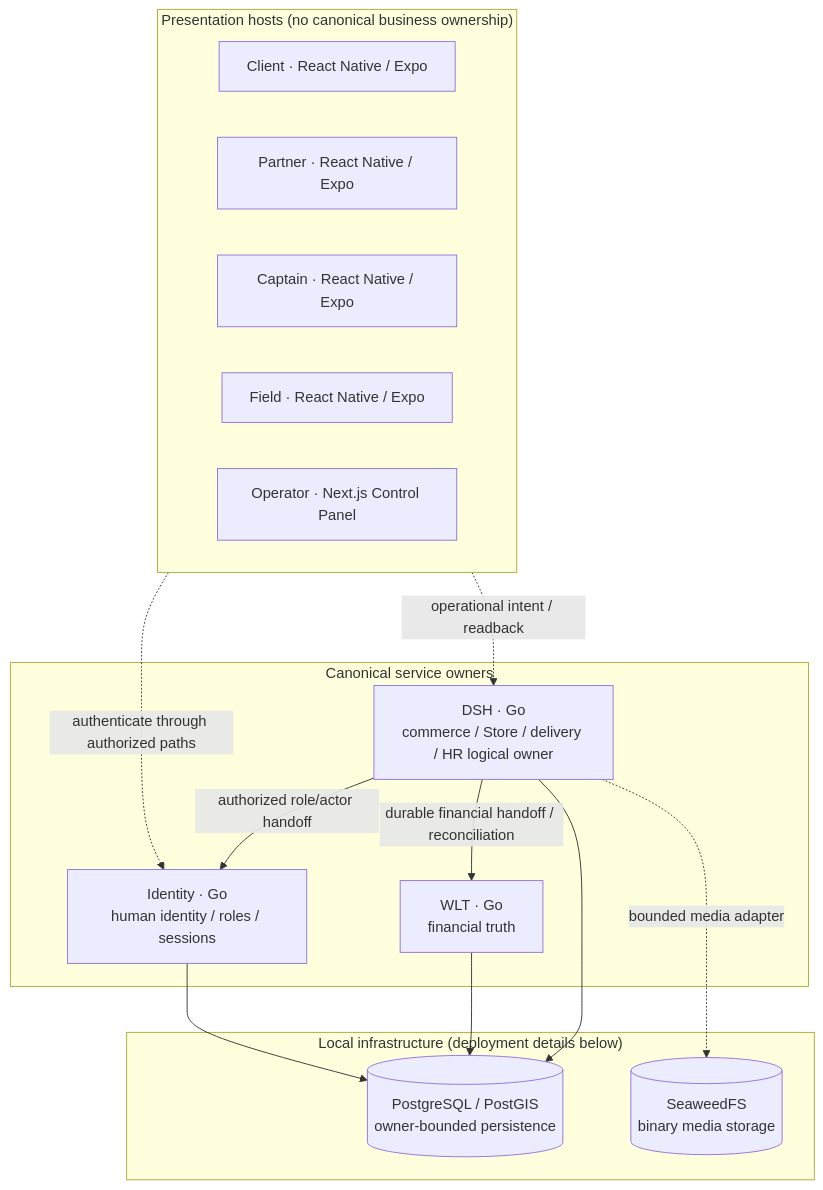
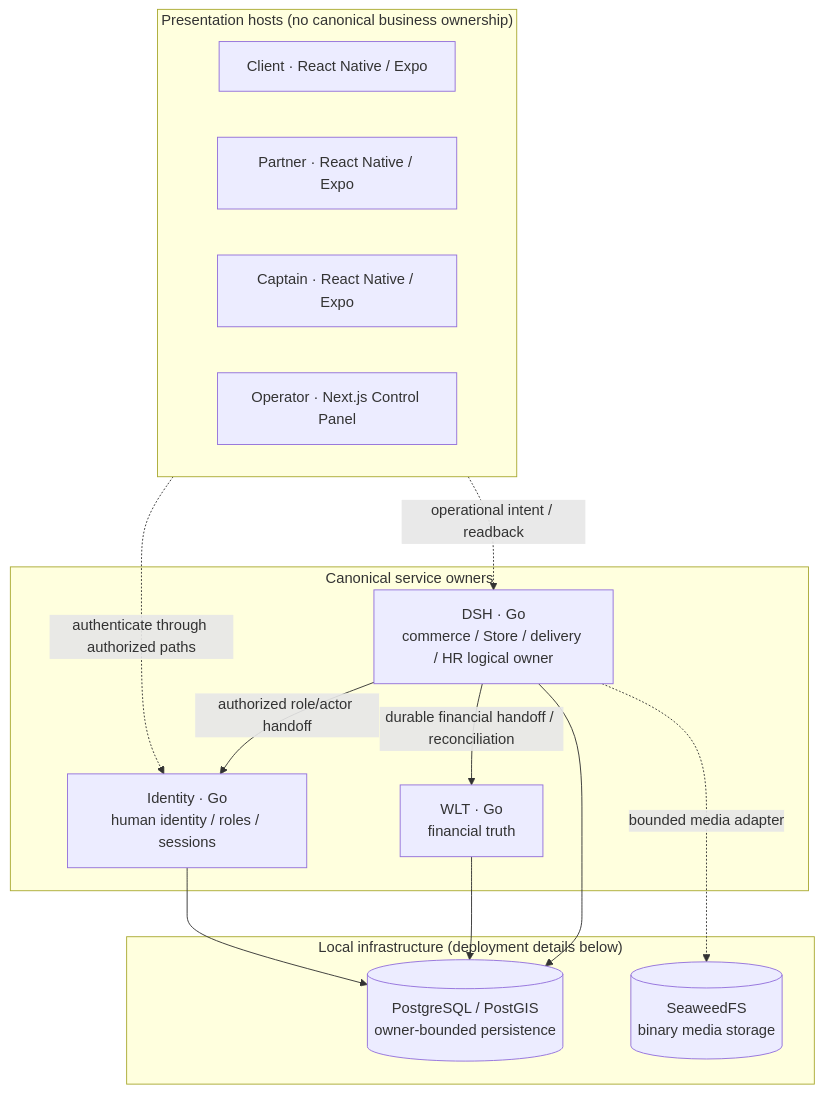
One commit to bthwani2-boop/samrim changed the second of 3 diagrams in docs/architecture-c4.md. Above: the diagram before and after it, drawn with Mermaid. The commit also changed other lines of this file and 90 other files, not shown here.

Commit message:
refactor(mobile): retire standalone field app and build inventory

```diff
--- a/docs/architecture-c4.md
+++ b/docs/architecture-c4.md
@@ -55,30 +55,29 @@
 ~~~mermaid
 flowchart TB
     subgraph Surfaces["Presentation hosts (no canonical business ownership)"]
       ClientApp["Client · React Native / Expo"]
       PartnerApp["Partner · React Native / Expo"]
       CaptainApp["Captain · React Native / Expo"]
-      FieldApp["Field · React Native / Expo"]
       Control["Operator · Next.js Control Panel"]
     end
 
     subgraph Owners["Canonical service owners"]
       Identity["Identity · Go\nhuman identity / roles / sessions"]
       DSH["DSH · Go\ncommerce / Store / delivery / HR logical owner"]
       WLT["WLT · Go\nfinancial truth"]
     end
 
     subgraph Data["Local infrastructure (deployment details below)"]
       Pg[("PostgreSQL / PostGIS\nowner-bounded persistence")]
       Media[("SeaweedFS\nbinary media storage")]
     end
 
     Surfaces -.->|"authenticate through authorized paths"| Identity
     Surfaces -.->|"operational intent / readback"| DSH
     DSH -->|"authorized role/actor handoff"| Identity
     DSH -->|"durable financial handoff / reconciliation"| WLT
     Identity --> Pg
     DSH --> Pg
     WLT --> Pg
     DSH -.->|"bounded media adapter"| Media
 ~~~
```
